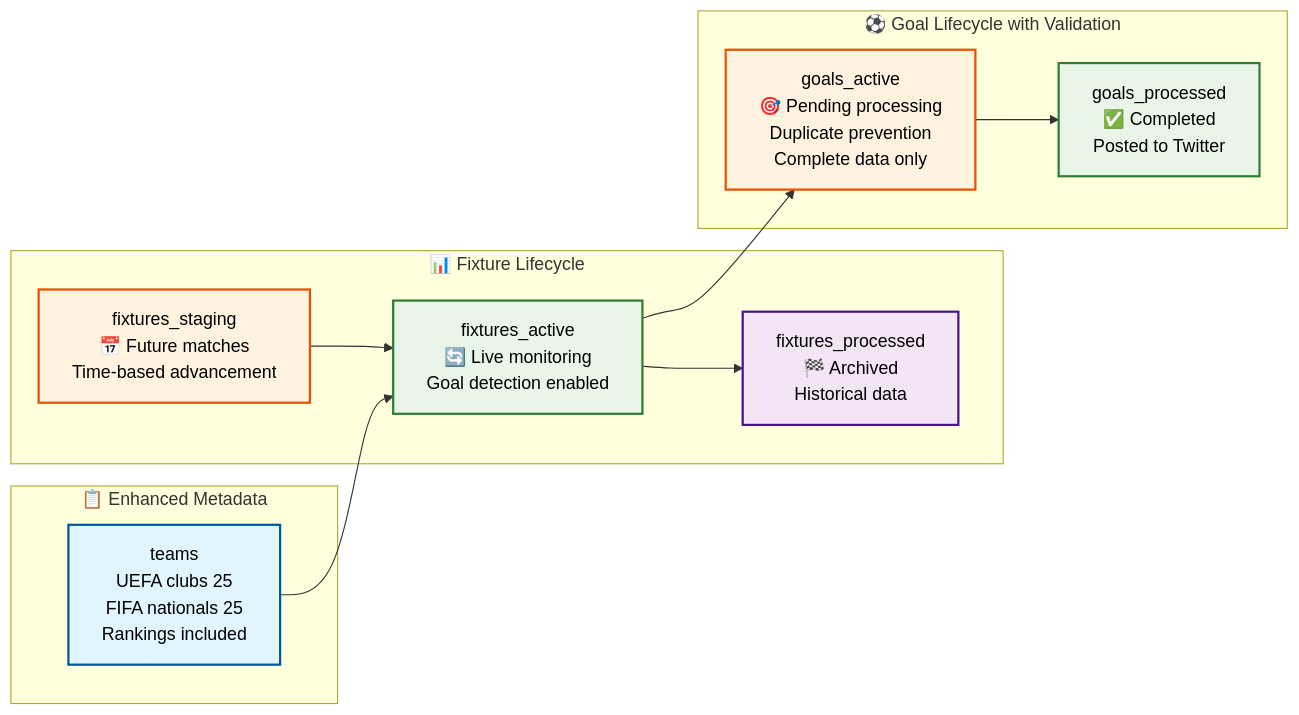
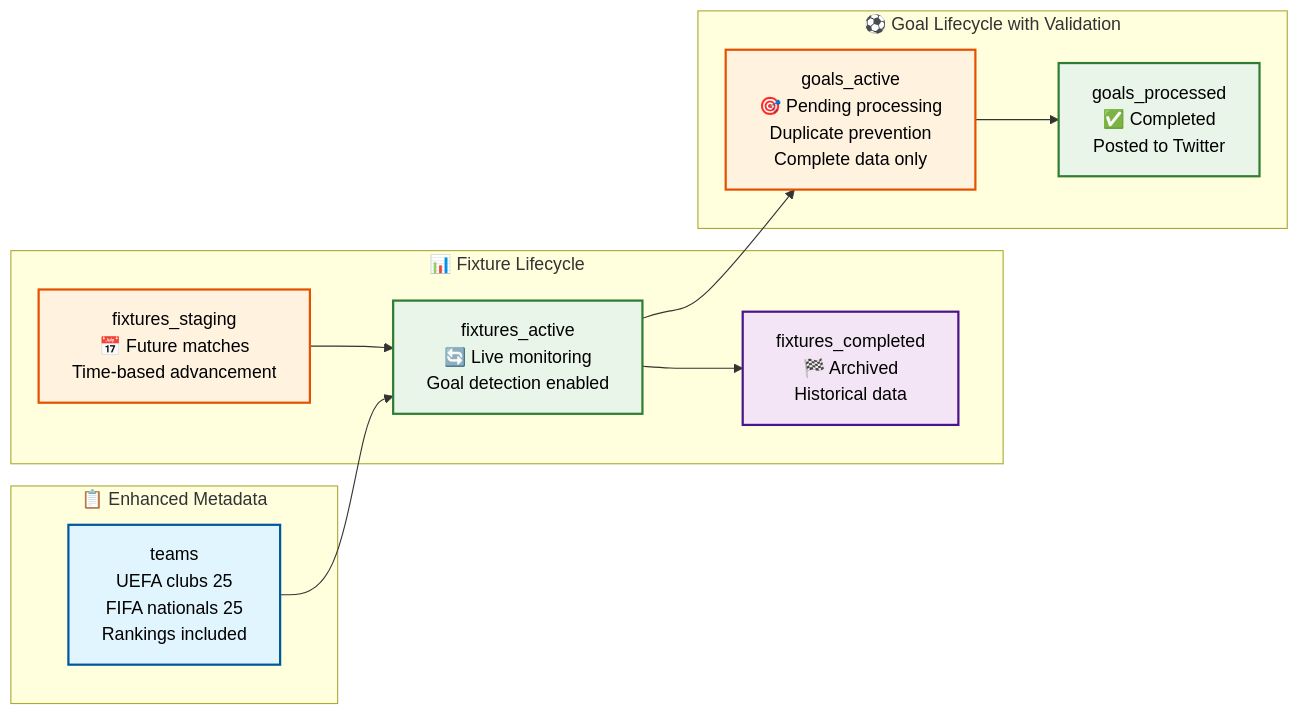
The second of 2 diagrams in README.md (vedantadhobley/found-footy), drawn with Mermaid before and after one commit. The commit also changed other lines of this file and 5 other files, not shown here.

Commit message:
Updated collection "fixtures_processed" to "fixtures_completed" in order to better represent our flow.

````diff
--- a/README.md
+++ b/README.md
@@ -122,33 +122,33 @@
 ```mermaid
 graph LR
     subgraph "📊 Fixture Lifecycle"
         FS[fixtures_staging<br/>📅 Future matches<br/>Time-based advancement] 
         FA[fixtures_active<br/>🔄 Live monitoring<br/>Goal detection enabled]
-        FP[fixtures_processed<br/>🏁 Archived<br/>Historical data]
+        FC[fixtures_completed<br/>🏁 Archived<br/>Historical data]
         FS --> FA
-        FA --> FP
+        FA --> FC
     end
     
     subgraph "⚽ Goal Lifecycle with Validation" 
         GA[goals_active<br/>🎯 Pending processing<br/>Duplicate prevention<br/>Complete data only]
         GP[goals_processed<br/>✅ Completed<br/>Posted to Twitter]
         GA --> GP
     end
     
     subgraph "📋 Enhanced Metadata"
         TS[teams<br/>UEFA clubs 25<br/>FIFA nationals 25<br/>Rankings included]
     end
     
     TS --> FA
     FA --> GA
     
     classDef staging fill:#fff3e0,stroke:#e65100,stroke-width:2px,color:#000
     classDef active fill:#e8f5e8,stroke:#2e7d32,stroke-width:2px,color:#000
-    classDef processed fill:#f3e5f5,stroke:#4a148c,stroke-width:2px,color:#000
+    classDef completed fill:#f3e5f5,stroke:#4a148c,stroke-width:2px,color:#000
     classDef metadata fill:#e1f5fe,stroke:#01579b,stroke-width:2px,color:#000
     
     class FS,GA staging
     class FA,GP active
-    class FP processed
+    class FC completed
     class TS metadata
 ```
````
